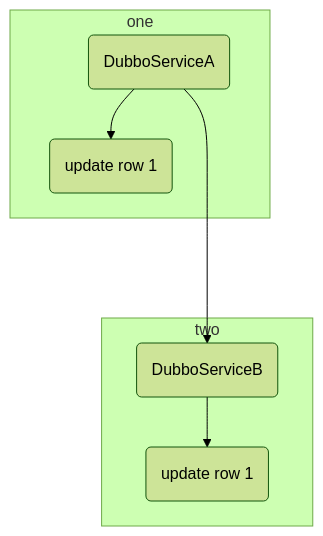
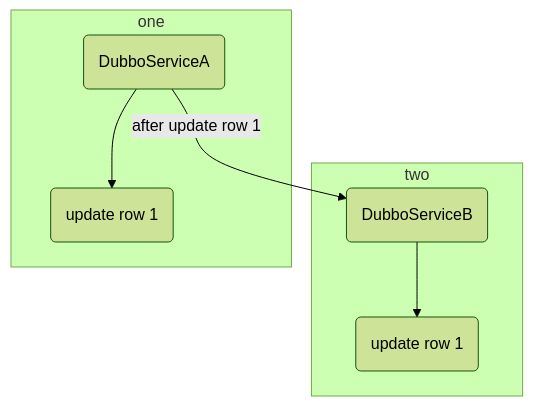
Before and after one commit to zhudongdong/docs: the diagram in dubbo/服务治理问题案例.md, drawn with Mermaid (forest theme). The commit also changed other lines of this file, not shown here.

Commit message:
Uploaded by https://stackedit.io/

````diff
--- a/dubbo/服务治理问题案例.md
+++ b/dubbo/服务治理问题案例.md
@@ -3,11 +3,11 @@
 ```mermaid
 graph TB
 
 subgraph two
 c(DubboServiceB) --> d(update row 1)
 end
 subgraph one
 a(DubboServiceA) --> b(update row 1)
-a ----> c
+a --after update row 1--> c
 end
 ```
````
